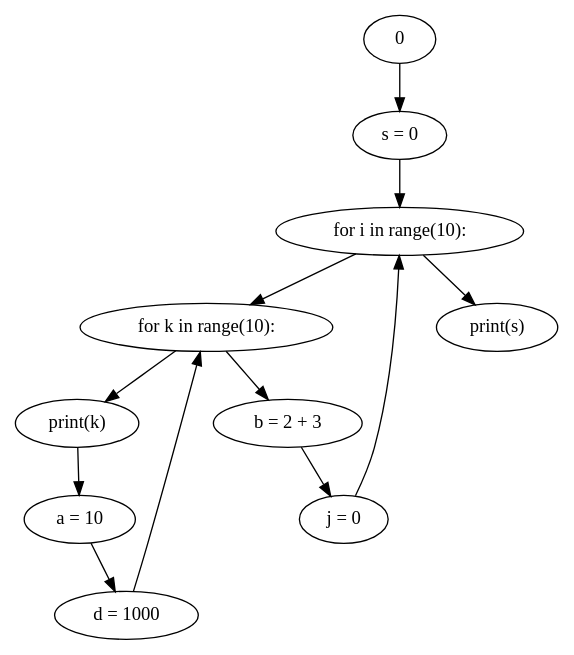
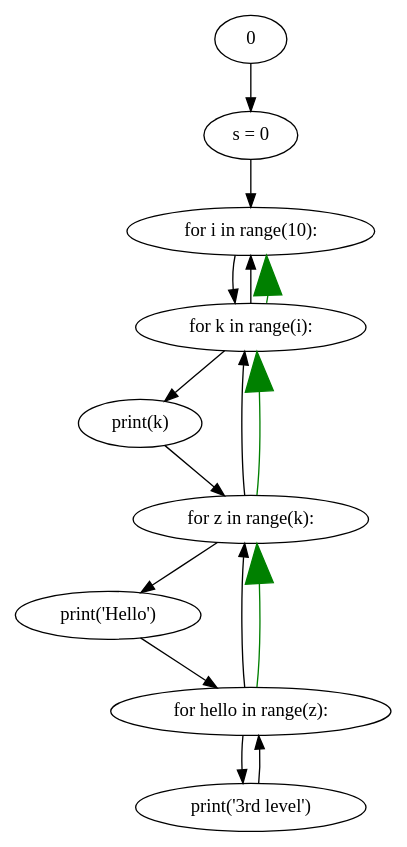
Before and after one commit to sanjelarun/Tyro-GUI: the diagram in TYROv2/execution_cyles/test-output/round-table.gv, drawn with Graphviz. The commit also changed 8 other files, not shown here.

```diff
--- a/TYROv2/execution_cyles/test-output/round-table.gv
+++ b/TYROv2/execution_cyles/test-output/round-table.gv
@@ -1,23 +1,26 @@
 // Preview
 digraph {
 	1 [label="s = 0"]
 	0 -> 1 [constraints=false]
 	2 [label="for i in range(10):"]
 	1 -> 2 [constraints=false]
-	3 [label="for k in range(10):"]
+	3 [label="for k in range(i):"]
 	2 -> 3 [constraints=false]
-	9 [label="print(s)"]
-	2 -> 9 [constraints=false]
 	4 [label="print(k)"]
 	3 -> 4 [constraints=false]
-	7 [label="b = 2 + 3"]
-	3 -> 7 [constraints=false]
-	5 [label="a = 10"]
+	3 -> 2 [constraints=false]
+	5 [label="for z in range(k):"]
 	4 -> 5 [constraints=false]
-	8 [label="j = 0"]
+	6 [label="print('Hello')"]
+	5 -> 6 [constraints=false]
+	5 -> 3 [constraints=false]
+	7 [label="for hello in range(z):"]
+	6 -> 7 [constraints=false]
+	8 [label="print('3rd level')"]
 	7 -> 8 [constraints=false]
-	6 [label="d = 1000"]
-	5 -> 6 [constraints=false]
-	8 -> 2 [constraints=false]
-	6 -> 3 [constraints=false]
+	7 -> 5 [constraints=false]
+	8 -> 7 [constraints=false]
+	3 -> 2 [arrowsize=3 color=green constraints=false]
+	5 -> 3 [arrowsize=3 color=green constraints=false]
+	7 -> 5 [arrowsize=3 color=green constraints=false]
 }
```
